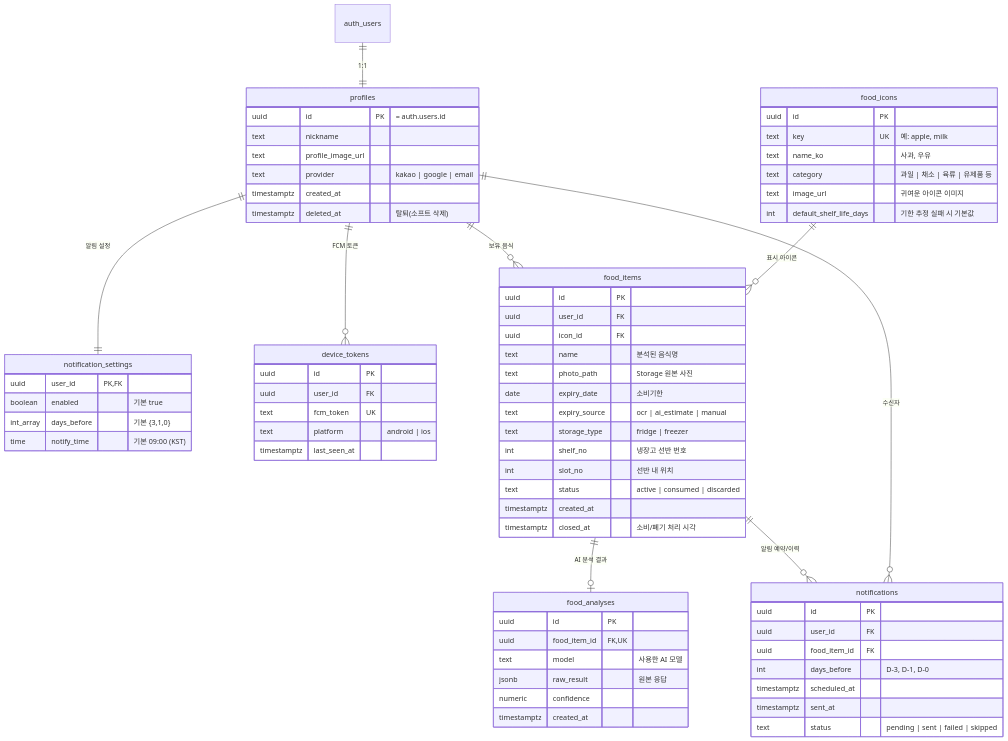
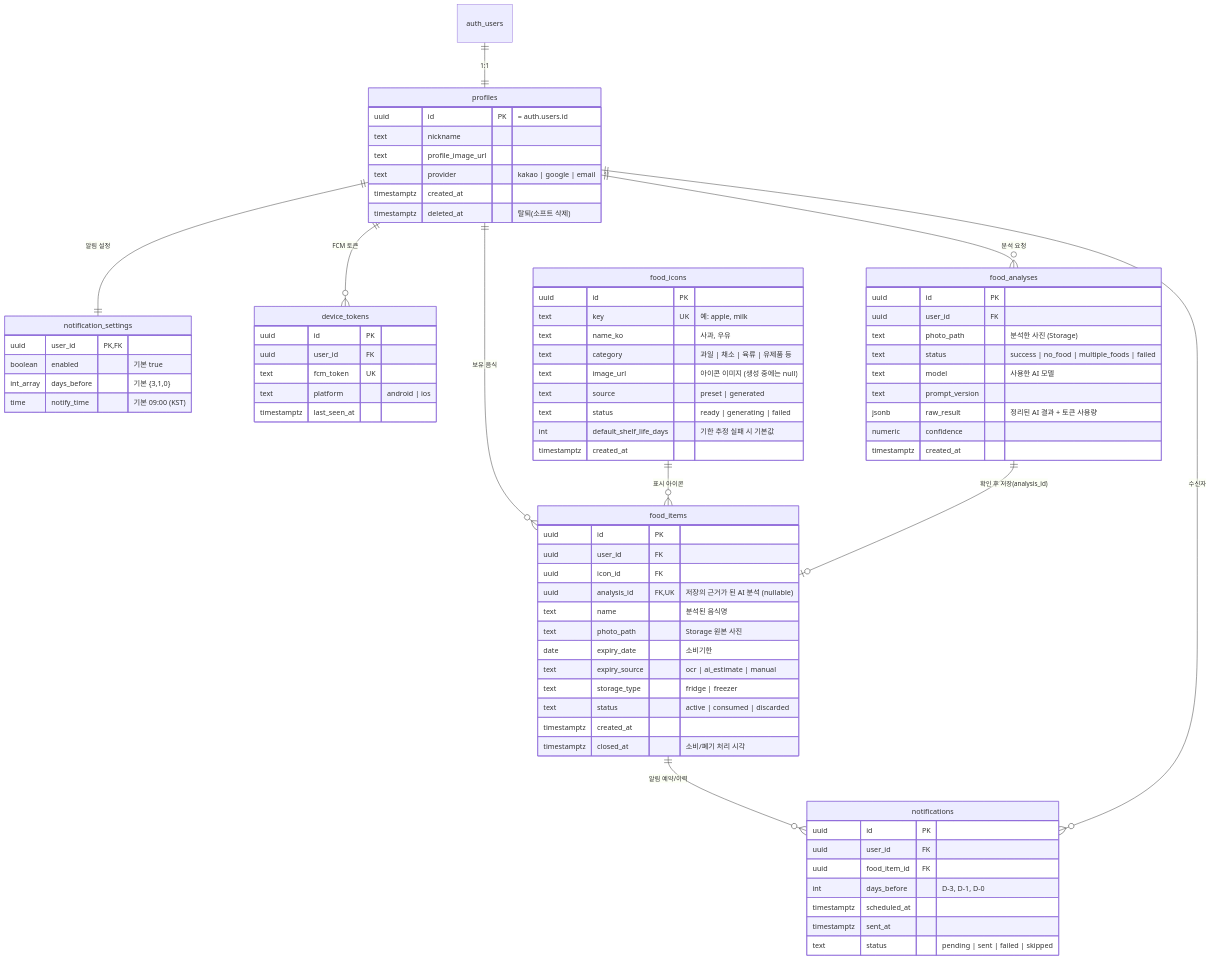
Before and after one commit to 0tae000-sudo/period_push: the diagram in CLAUDE.md, drawn with Mermaid. The commit also changed other lines of this file and 1 other file, not shown here.

````diff
--- a/CLAUDE.md
+++ b/CLAUDE.md
@@ -59,73 +59,79 @@
 ```mermaid
 erDiagram
     auth_users ||--|| profiles : "1:1"
     profiles ||--|| notification_settings : "알림 설정"
     profiles ||--o{ device_tokens : "FCM 토큰"
     profiles ||--o{ food_items : "보유 음식"
     food_icons ||--o{ food_items : "표시 아이콘"
-    food_items ||--o| food_analyses : "AI 분석 결과"
+    profiles ||--o{ food_analyses : "분석 요청"
+    food_analyses ||--o| food_items : "확인 후 저장(analysis_id)"
     food_items ||--o{ notifications : "알림 예약/이력"
     profiles ||--o{ notifications : "수신자"
 
     profiles {
         uuid id PK "= auth.users.id"
         text nickname
         text profile_image_url
         text provider "kakao | google | email"
         timestamptz created_at
         timestamptz deleted_at "탈퇴(소프트 삭제)"
     }
     notification_settings {
         uuid user_id PK, FK
         boolean enabled "기본 true"
         int_array days_before "기본 {3,1,0}"
         time notify_time "기본 09:00 (KST)"
     }
     device_tokens {
         uuid id PK
         uuid user_id FK
         text fcm_token UK
         text platform "android | ios"
         timestamptz last_seen_at
     }
     food_icons {
         uuid id PK
         text key UK "예: apple, milk"
         text name_ko "사과, 우유"
         text category "과일 | 채소 | 육류 | 유제품 등"
-        text image_url "귀여운 아이콘 이미지"
+        text image_url "아이콘 이미지 (생성 중에는 null)"
+        text source "preset | generated"
+        text status "ready | generating | failed"
         int default_shelf_life_days "기한 추정 실패 시 기본값"
+        timestamptz created_at
     }
     food_items {
         uuid id PK
         uuid user_id FK
         uuid icon_id FK
+        uuid analysis_id FK, UK "저장의 근거가 된 AI 분석 (nullable)"
         text name "분석된 음식명"
         text photo_path "Storage 원본 사진"
         date expiry_date "소비기한"
         text expiry_source "ocr | ai_estimate | manual"
         text storage_type "fridge | freezer"
-        int shelf_no "냉장고 선반 번호"
-        int slot_no "선반 내 위치"
         text status "active | consumed | discarded"
         timestamptz created_at
         timestamptz closed_at "소비/폐기 처리 시각"
     }
     food_analyses {
         uuid id PK
-        uuid food_item_id FK, UK
+        uuid user_id FK
+        text photo_path "분석한 사진 (Storage)"
+        text status "success | no_food | multiple_foods | failed"
         text model "사용한 AI 모델"
-        jsonb raw_result "원본 응답"
+        text prompt_version
+        jsonb raw_result "정리된 AI 결과 + 토큰 사용량"
         numeric confidence
         timestamptz created_at
     }
     notifications {
         uuid id PK
         uuid user_id FK
         uuid food_item_id FK
         int days_before "D-3, D-1, D-0"
         timestamptz scheduled_at
         timestamptz sent_at
         text status "pending | sent | failed | skipped"
     }
 ```
````
